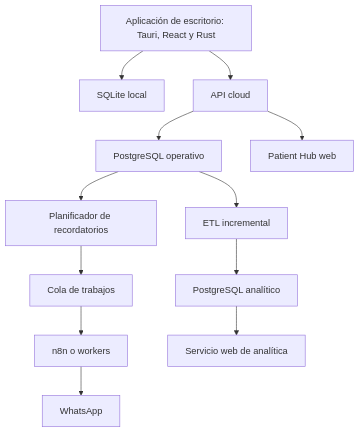
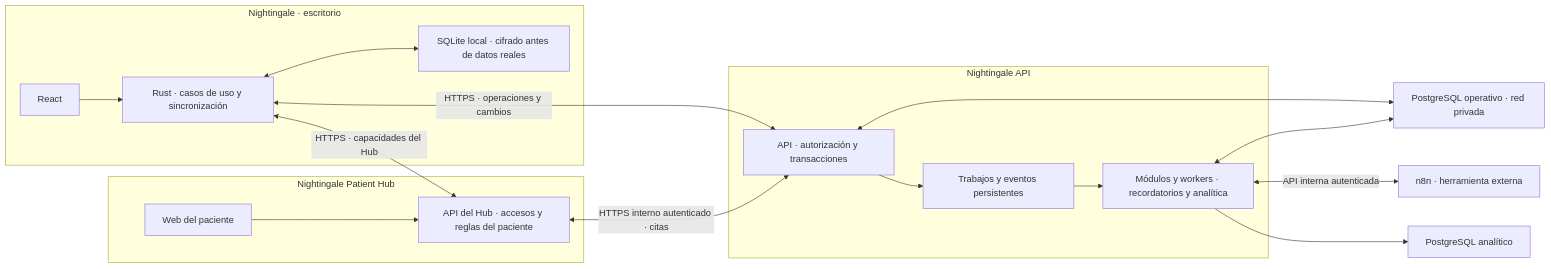
The first of 6 diagrams in docs/technical-architecture.md (odiseo0/nightingale), drawn with Mermaid before and after one commit. The commit also changed other lines of this file and 14 other files, not shown here.

````diff
--- a/docs/technical-architecture.md
+++ b/docs/technical-architecture.md
@@ -117,14 +125,23 @@
 ```mermaid
-flowchart TD
-    D["Aplicación de escritorio: Tauri, React y Rust"] --> L["SQLite local"]
-    D --> A["API cloud"]
-    A --> P["PostgreSQL operativo"]
-    A --> H["Patient Hub web"]
-    P --> R["Planificador de recordatorios"]
-    R --> Q["Cola de trabajos"]
-    Q --> N["n8n o workers"]
-    N --> W["WhatsApp"]
-    P --> E["ETL incremental"]
-    E --> PA["PostgreSQL analítico"]
-    PA --> S["Servicio web de analítica"]
+flowchart LR
+    subgraph D["Nightingale · escritorio"]
+        UI["React"] --> R["Rust · casos de uso y sincronización"]
+        R <--> L["SQLite local · cifrado antes de datos reales"]
+    end
+    subgraph H["Nightingale Patient Hub"]
+        WEB["Web del paciente"] --> HUB["API del Hub · accesos y reglas del paciente"]
+    end
+    subgraph A["Nightingale API"]
+        SYNC["API · autorización y transacciones"]
+        WORK["Módulos y workers · recordatorios y analítica"]
+        SYNC --> JOB["Trabajos y eventos persistentes"]
+        JOB --> WORK
+    end
+    R <-->|"HTTPS · operaciones y cambios"| SYNC
+    R <-->|"HTTPS · capacidades del Hub"| HUB
+    HUB <-->|"HTTPS interno autenticado · citas"| SYNC
+    SYNC <--> PG["PostgreSQL operativo · red privada"]
+    WORK <--> PG
+    WORK <-->|"API interna autenticada"| N["n8n · herramienta externa"]
+    WORK --> ANALYTICS["PostgreSQL analítico"]
 ```
````
